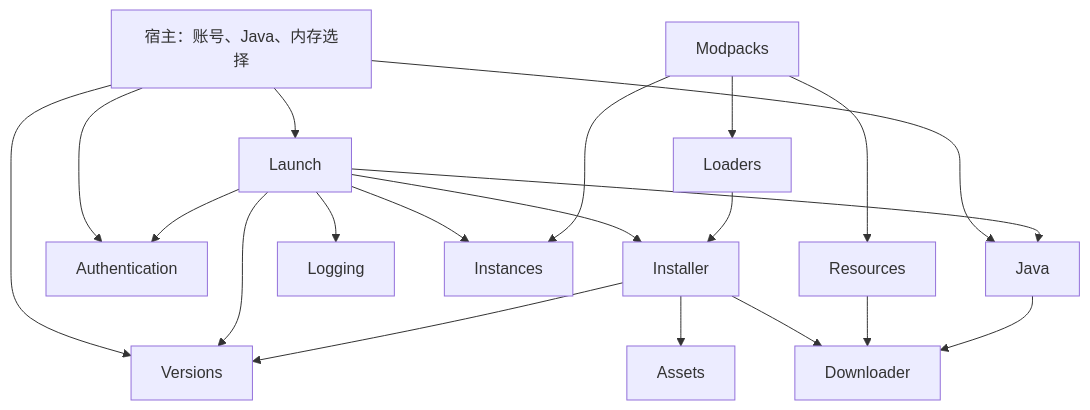
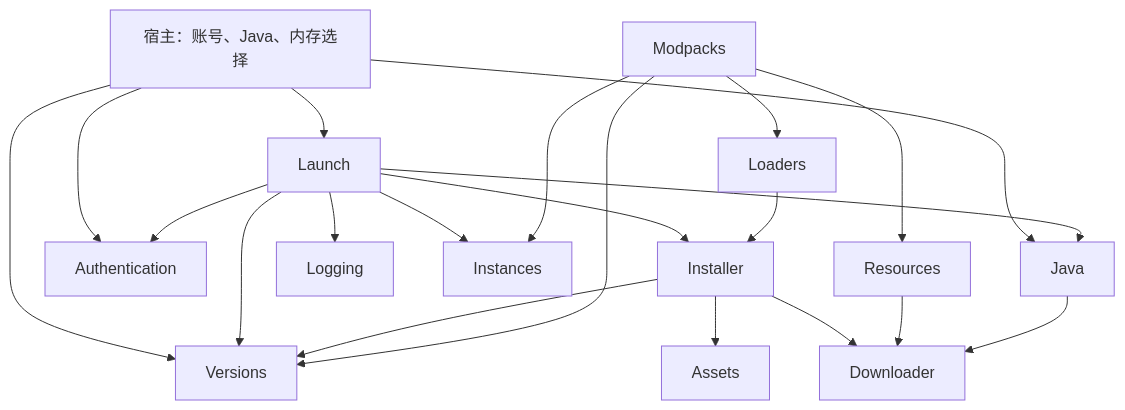
The diagram in docs/architecture.md (Voltucit/FocusMinecraftCore), drawn with Mermaid before and after one commit. The commit also changed other lines of this file and 16 other files, not shown here.

````diff
--- a/docs/architecture.md
+++ b/docs/architecture.md
@@ -123,22 +124,23 @@
 ```mermaid
 flowchart TD
   Host[宿主：账号、Java、内存选择] --> Launch
   Host --> Versions
   Host --> Java
   Host --> Authentication
   Launch --> Installer
   Launch --> Versions
   Launch --> Java
   Launch --> Authentication
   Launch --> Logging
   Launch --> Instances
   Installer --> Versions
   Installer --> Assets
   Installer --> Downloader
   Loaders --> Installer
   Modpacks --> Loaders
   Modpacks --> Resources
+  Modpacks --> Versions
   Modpacks --> Instances
   Resources --> Downloader
   Java --> Downloader
 ```
````
